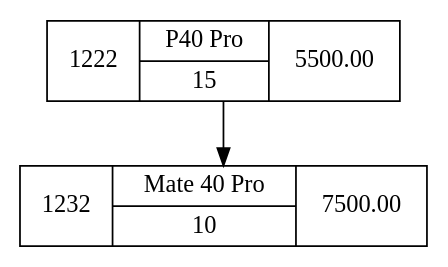
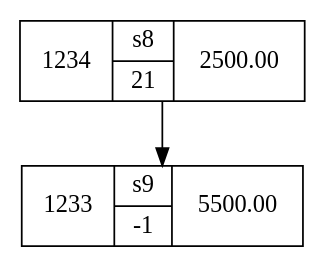
One commit to RojasCJP/EDD_VirtualMall_201900289 changed the diagram in Cliente/src/assets/graphviz/inventario.dot. Above: the diagram before and after it, drawn with Graphviz. The commit also changed 9 other files, not shown here.

```diff
--- a/Cliente/src/assets/graphviz/inventario.dot
+++ b/Cliente/src/assets/graphviz/inventario.dot
@@ -1,6 +1,6 @@
 digraph arbol{
   node [shape=record]
-"1222" [label="1222|{P40 Pro|15}|5500.00"]
-"1222"->"1232"
-"1232" [label="1232|{Mate 40 Pro|10}|7500.00"]
+"1233" [label="1233|{s9|-1}|5500.00"]
+"1234" [label="1234|{s8|21}|2500.00"]
+"1234"->"1233"
 }
```
